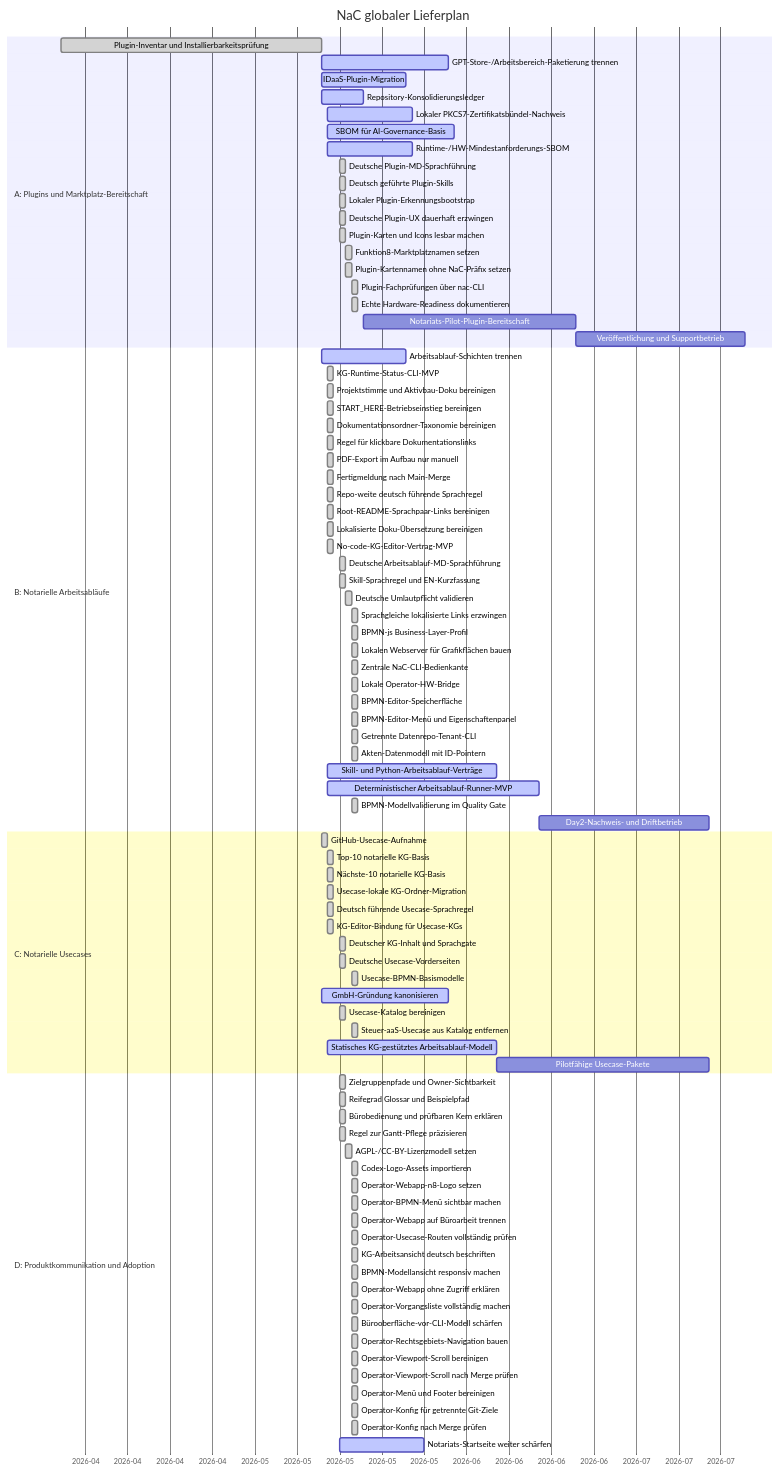
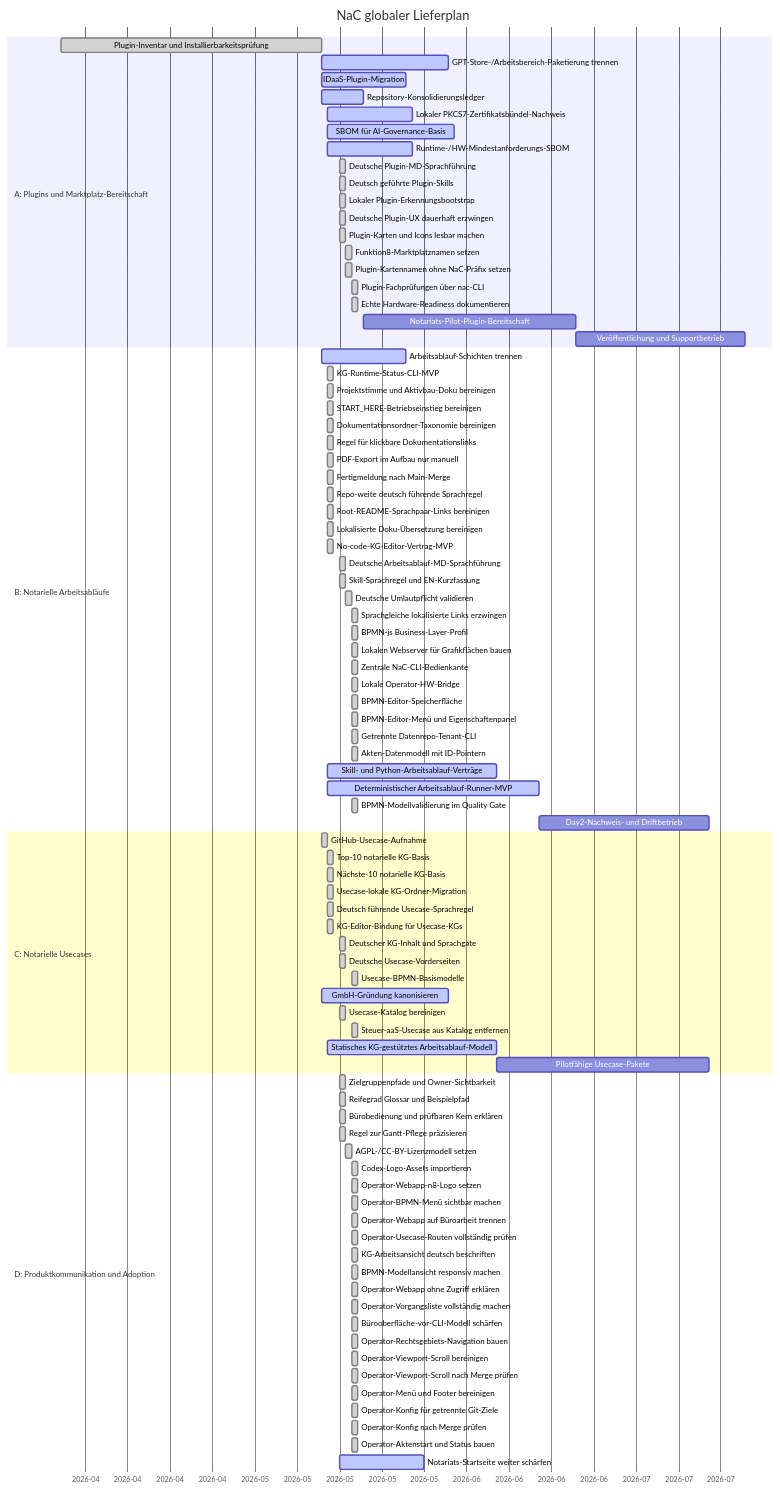
The diagram in roadmap/GANTT.md (notariat8/NaC), drawn with Mermaid before and after one commit. The commit also changed other lines of this file and 8 other files, not shown here.

Commit message:
Add operator matter intake and status

````diff
--- a/roadmap/GANTT.md
+++ b/roadmap/GANTT.md
@@ -105,5 +105,6 @@
     Operator-Menü und Footer bereinigen          :done,    d1r, 2026-05-19, 1d
     Operator-Konfig für getrennte Git-Ziele      :done,    d1s, 2026-05-19, 1d
     Operator-Konfig nach Merge prüfen            :done,    d1t, 2026-05-19, 1d
+    Operator-Aktenstart und Status bauen         :done,    d1u, 2026-05-19, 1d
     Notariats-Startseite weiter schärfen        :active,  d2, 2026-05-17, 14d
 ```
````
